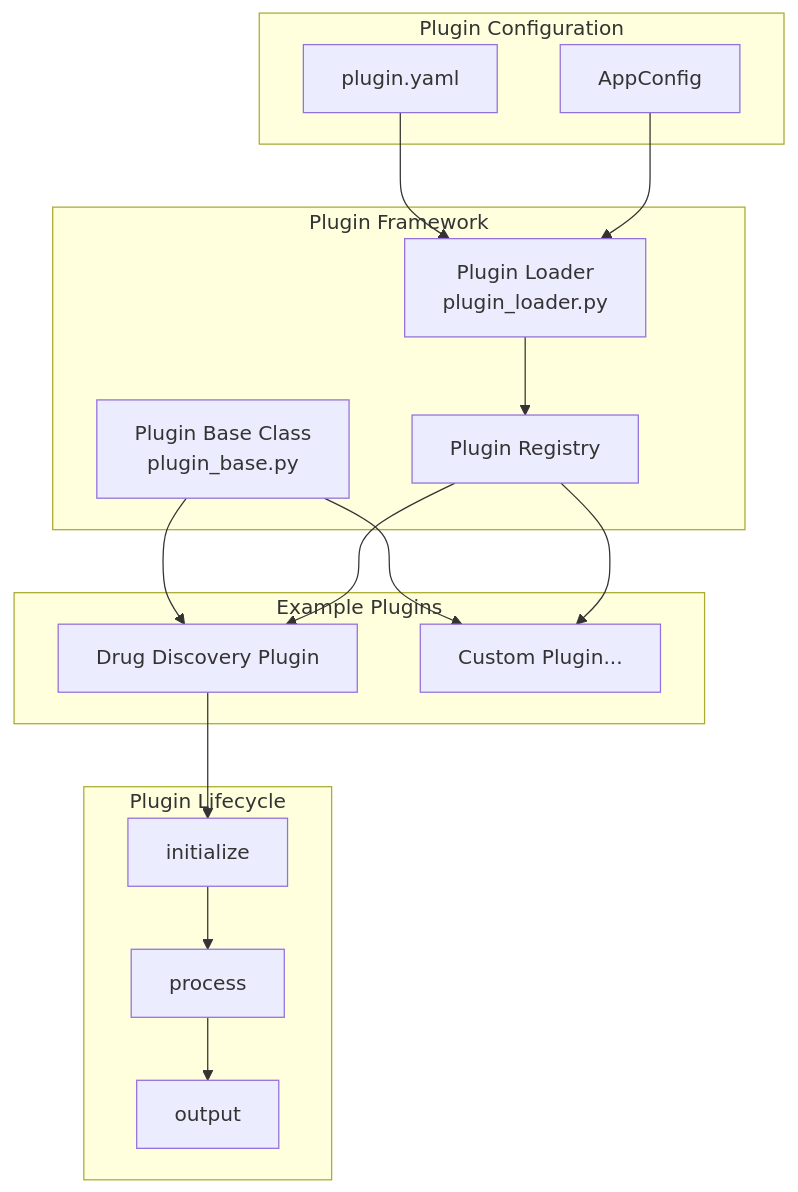
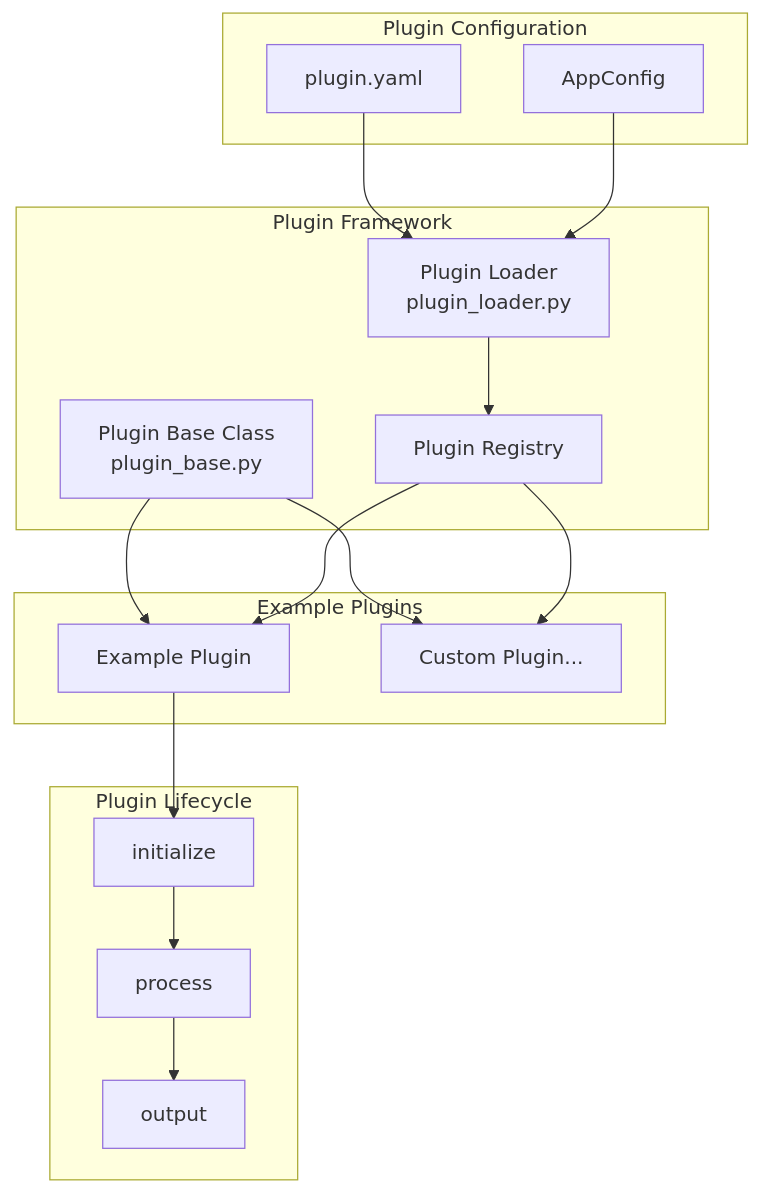
The fourth of 12 diagrams in docs/ARCHITECTURE.md (bsamud/data-harvester), drawn with Mermaid before and after one commit. The commit also changed other lines of this file and 1 other file, not shown here.

````diff
--- a/docs/ARCHITECTURE.md
+++ b/docs/ARCHITECTURE.md
@@ -205,38 +205,38 @@
 ```mermaid
 graph TB
     subgraph "Plugin Framework"
         LOADER[Plugin Loader<br/>plugin_loader.py]
         BASE[Plugin Base Class<br/>plugin_base.py]
         REGISTRY[Plugin Registry]
     end
 
     subgraph "Plugin Configuration"
         YAML[plugin.yaml]
         APP_CFG[AppConfig]
     end
 
     subgraph "Example Plugins"
-        DRUG[Drug Discovery Plugin]
+        EXAMPLE[Example Plugin]
         CUSTOM[Custom Plugin...]
     end
 
     subgraph "Plugin Lifecycle"
         INIT[initialize]
         PROCESS[process]
         OUTPUT[output]
     end
 
     YAML --> LOADER
     APP_CFG --> LOADER
     LOADER --> REGISTRY
 
-    BASE --> DRUG
+    BASE --> EXAMPLE
     BASE --> CUSTOM
 
-    REGISTRY --> DRUG
+    REGISTRY --> EXAMPLE
     REGISTRY --> CUSTOM
 
-    DRUG --> INIT
+    EXAMPLE --> INIT
     INIT --> PROCESS
     PROCESS --> OUTPUT
 ```
````
